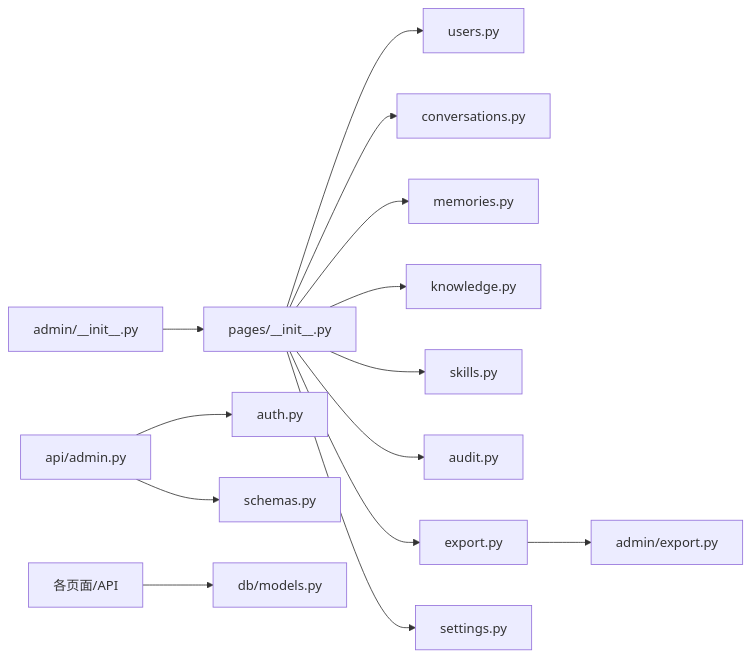
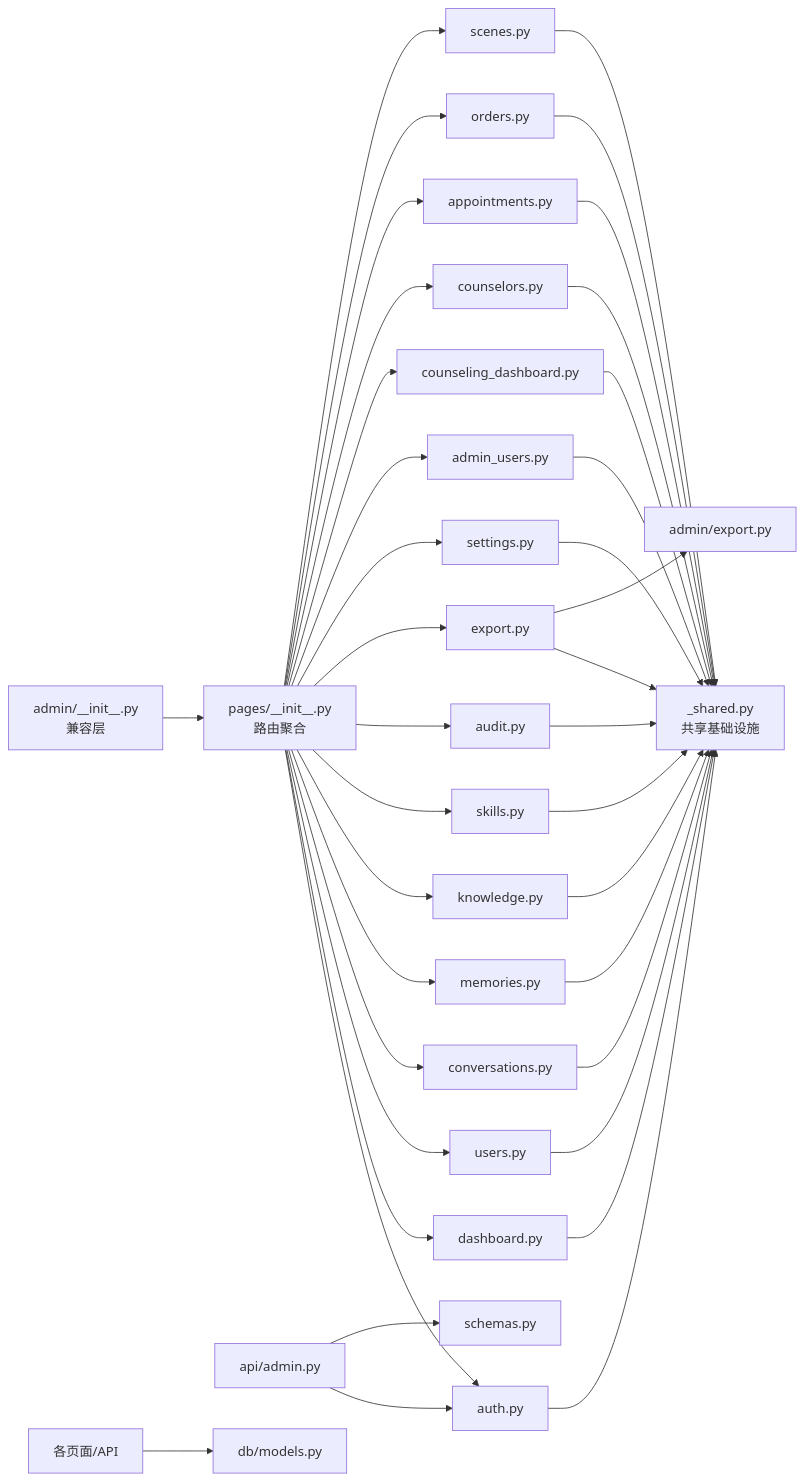
Diagram 11 of 11 in .qoder/repowiki/zh/content/API 接口文档/管理后台接口/管理后台接口.md (peace-lab-global/hush.ai), drawn with Mermaid before and after one commit. The commit also changed other lines of this file and 92 other files, not shown here.

````diff
--- a/.qoder/repowiki/zh/content/API 接口文档/管理后台接口/管理后台接口.md
+++ b/.qoder/repowiki/zh/content/API 接口文档/管理后台接口/管理后台接口.md
@@ -378,16 +499,40 @@
 ```mermaid
 graph LR
-Init["admin/__init__.py"] --> PagesInit["pages/__init__.py"]
+Init["admin/__init__.py<br/>兼容层"] --> PagesInit["pages/__init__.py<br/>路由聚合"]
+PagesInit --> Auth["auth.py"]
+PagesInit --> Dashboard["dashboard.py"]
 PagesInit --> Users["users.py"]
 PagesInit --> Conversations["conversations.py"]
 PagesInit --> Memories["memories.py"]
 PagesInit --> Knowledge["knowledge.py"]
 PagesInit --> Skills["skills.py"]
 PagesInit --> Audit["audit.py"]
 PagesInit --> ExportPages["export.py"]
 PagesInit --> Settings["settings.py"]
-API["api/admin.py"] --> Auth["auth.py"]
+PagesInit --> AdminUsers["admin_users.py"]
+PagesInit --> CounselingDashboard["counseling_dashboard.py"]
+PagesInit --> Counselors["counselors.py"]
+PagesInit --> Appointments["appointments.py"]
+PagesInit --> Orders["orders.py"]
+PagesInit --> Scenes["scenes.py"]
+Auth --> Shared["_shared.py<br/>共享基础设施"]
+Dashboard --> Shared
+Users --> Shared
+Conversations --> Shared
+Memories --> Shared
+Knowledge --> Shared
+Skills --> Shared
+Audit --> Shared
+ExportPages --> Shared
+Settings --> Shared
+AdminUsers --> Shared
+CounselingDashboard --> Shared
+Counselors --> Shared
+Appointments --> Shared
+Orders --> Shared
+Scenes --> Shared
+API["api/admin.py"] --> Auth
 ExportPages --> ExportTool["admin/export.py"]
 All["各页面/API"] --> Models["db/models.py"]
 API --> Schemas["schemas.py"]
 ```
````
